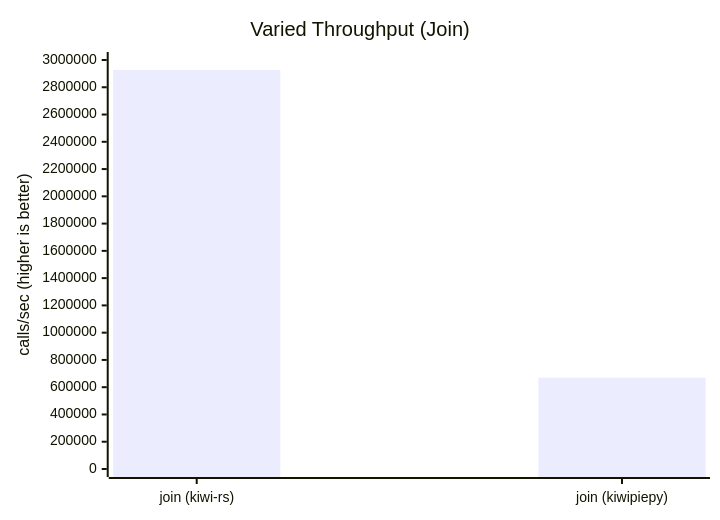
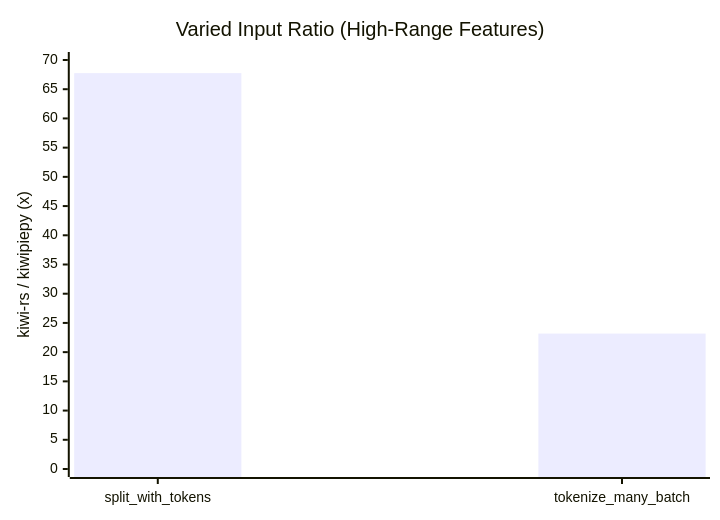
One commit to JAICHANGPARK/kiwi-rs changed the fourth of 4 diagrams in README.md. Above: the diagram before and after it, drawn with Mermaid. The commit also changed other lines of this file and 14 other files, not shown here.

````diff
--- a/README.md
+++ b/README.md
@@ -460,7 +528,7 @@
 ```mermaid
 xychart-beta
-    title "Varied Throughput (Join)"
-    x-axis ["join (kiwi-rs)","join (kiwipiepy)"]
-    y-axis "calls/sec (higher is better)" 0 --> 3000000
-    bar [2927258.22,669983.08]
+    title "Varied Input Ratio (High-Range Features)"
+    x-axis ["split_with_tokens","tokenize_many_batch"]
+    y-axis "kiwi-rs / kiwipiepy (x)" 0 --> 70
+    bar [67.75,23.18]
 ```
````
